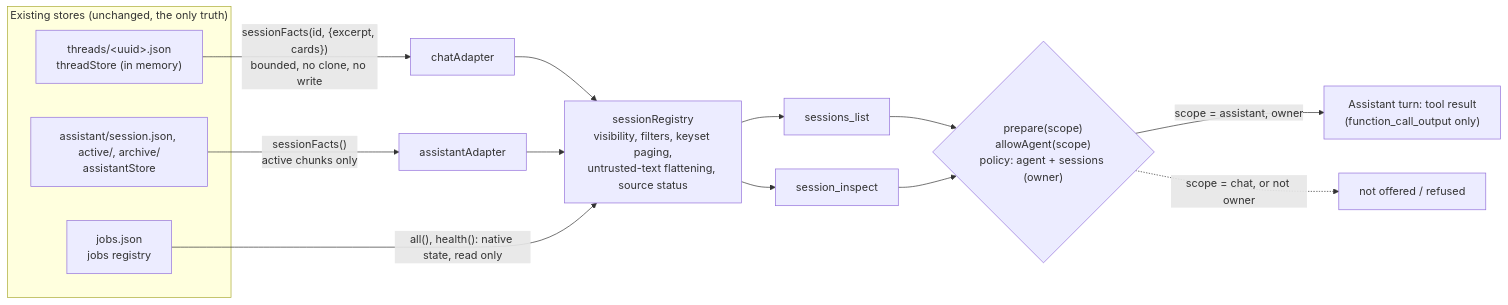
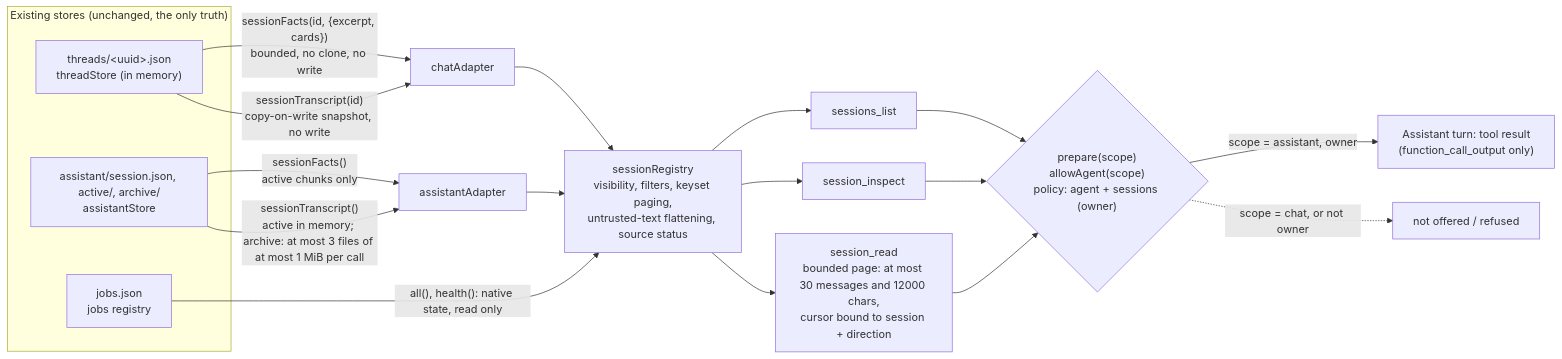
The first of 2 diagrams in docs/adr/0001-session-registry.md (DragonflyAI-sh/orbit), drawn with Mermaid before and after one commit. The commit also changed other lines of this file and 7 other files, not shown here.

First line of the commit message:
feat: bounded read-only session_read for the Assistant (session awareness slice 2) (#87)

````diff
--- a/docs/adr/0001-session-registry.md
+++ b/docs/adr/0001-session-registry.md
@@ -79,19 +79,23 @@
 ```mermaid
 flowchart LR
     subgraph Stores["Existing stores (unchanged, the only truth)"]
         T["threads/&lt;uuid&gt;.json<br/>threadStore (in memory)"]
         A["assistant/session.json, active/, archive/<br/>assistantStore"]
         J["jobs.json<br/>jobs registry"]
     end
     T -- "sessionFacts(id, {excerpt, cards})<br/>bounded, no clone, no write" --> CA["chatAdapter"]
     A -- "sessionFacts()<br/>active chunks only" --> AA["assistantAdapter"]
     CA --> R["sessionRegistry<br/>visibility, filters, keyset paging,<br/>untrusted-text flattening, source status"]
     AA --> R
     J -- "all(), health(): native state, read only" --> R
+    T -- "sessionTranscript(id)<br/>copy-on-write snapshot, no write" --> CA
+    A -- "sessionTranscript()<br/>active in memory; archive: at most 3 files of at most 1 MiB per call" --> AA
     R --> SL["sessions_list"]
     R --> SI["session_inspect"]
+    R --> SR["session_read<br/>bounded page: at most 30 messages and 12000 chars,<br/>cursor bound to session + direction"]
     SL --> P{"prepare(scope)<br/>allowAgent(scope)<br/>policy: agent + sessions (owner)"}
     SI --> P
+    SR --> P
     P -- "scope = assistant, owner" --> M["Assistant turn: tool result<br/>(function_call_output only)"]
     P -. "scope = chat, or not owner" .-> X["not offered / refused"]
 ```
````
